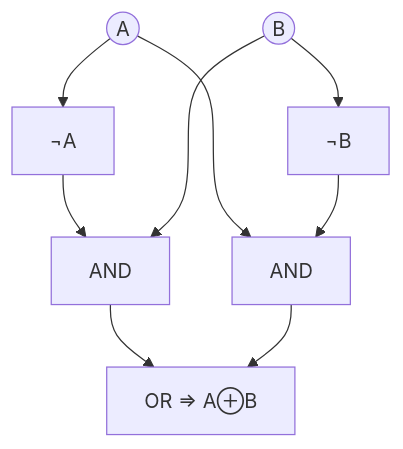
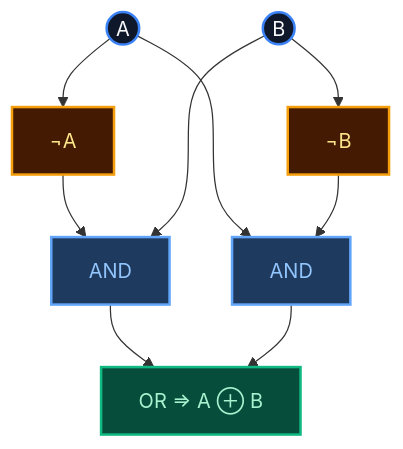
One commit to PanagopoulosNikolaos/DitOpenNotes changed the second of 4 diagrams in Year_1/Semester_2/DISCRETE_MATHEMATICS/Resources/Notes/03_logic_gates.md. Above: the diagram before and after it, drawn with Mermaid. The commit also changed other lines of this file and 6 other files, not shown here.

````diff
--- a/Year_1/Semester_2/DISCRETE_MATHEMATICS/Resources/Notes/03_logic_gates.md
+++ b/Year_1/Semester_2/DISCRETE_MATHEMATICS/Resources/Notes/03_logic_gates.md
@@ -38,10 +155,18 @@
 ```mermaid
 flowchart TD
-    A((A)) --> nA[¬A]
-    B((B)) --> nB[¬B]
-    nA --> t1[AND]
+    A((A)) --> nA["¬A"]
+    B((B)) --> nB["¬B"]
+    nA --> t1["AND"]
     B  --> t1
-    A  --> t2[AND]
+    A  --> t2["AND"]
     nB --> t2
-    t1 & t2 --> XORout[OR ⇒ A⊕B]
+    t1 & t2 --> XORout["OR ⇒ A ⊕ B"]
+
+    style A fill:#0f172a,stroke:#3b82f6,stroke-width:2px,color:#f8fafc
+    style B fill:#0f172a,stroke:#3b82f6,stroke-width:2px,color:#f8fafc
+    style nA fill:#451a03,stroke:#f59e0b,stroke-width:2px,color:#fde68a
+    style nB fill:#451a03,stroke:#f59e0b,stroke-width:2px,color:#fde68a
+    style t1 fill:#1e3a5f,stroke:#60a5fa,stroke-width:2px,color:#93c5fd
+    style t2 fill:#1e3a5f,stroke:#60a5fa,stroke-width:2px,color:#93c5fd
+    style XORout fill:#064e3b,stroke:#10b981,stroke-width:2px,color:#a7f3d0
 ```
````
